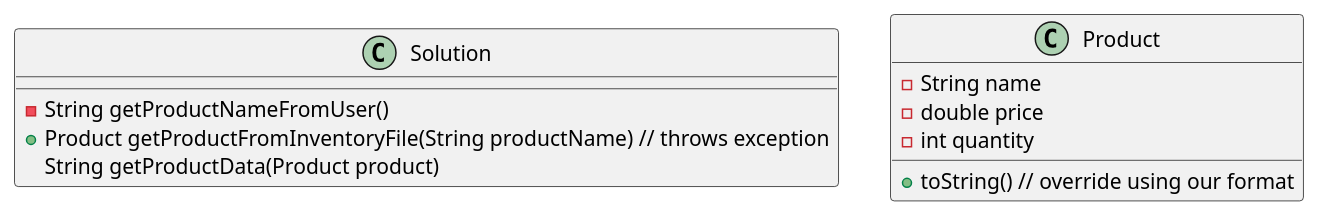
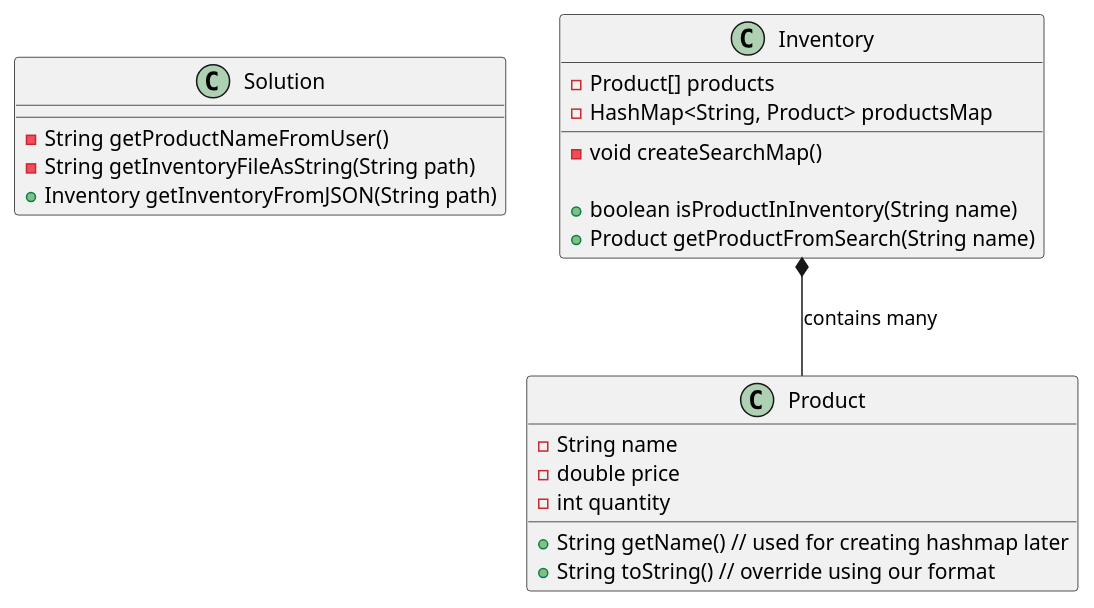
The diagram in exercise44/docs/diagram.puml (billyfurie/furie-a04), drawn with PlantUML before and after one commit. The commit also changed 9 other files, not shown here.

```diff
--- a/exercise44/docs/diagram.puml
+++ b/exercise44/docs/diagram.puml
@@ -1,18 +1,30 @@
 @startuml
 'https://plantuml.com/class-diagram
 
 class Solution {
     -String getProductNameFromUser()
-    +Product getProductFromInventoryFile(String productName) // throws exception
-    String getProductData(Product product)
+    -String getInventoryFileAsString(String path)
+    +Inventory getInventoryFromJSON(String path)
+}
+
+class Inventory {
+    -Product[] products
+    -HashMap<String, Product> productsMap
+    -void createSearchMap()
+
+    +boolean isProductInInventory(String name)
+    +Product getProductFromSearch(String name)
 }
 
 class Product {
     -String name
     -double price
     -int quantity
 
-    +toString() // override using our format
+    +String getName() // used for creating hashmap later
+    +String toString() // override using our format
 }
 
+Inventory *-- Product : contains many
+
 @enduml
```
